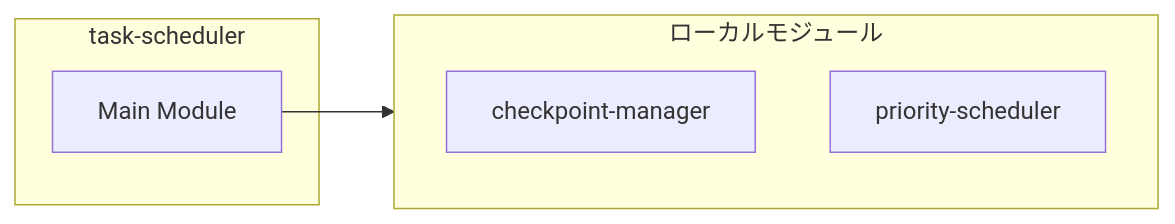
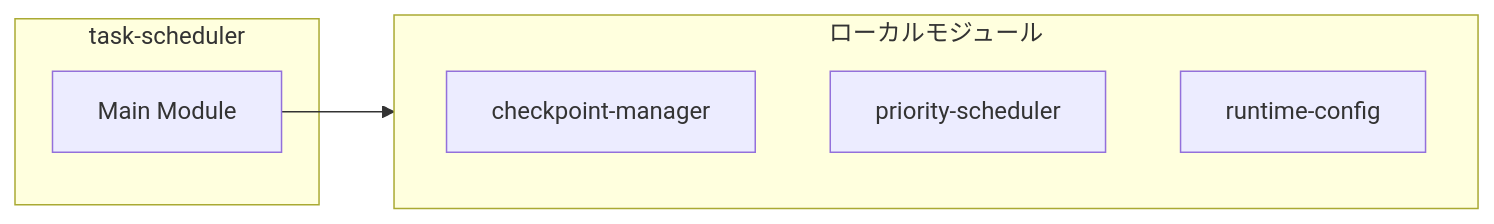
One commit to Mekann2904/mekann changed the second of 4 diagrams in ABDD/.pi/lib/task-scheduler.md. Above: the diagram before and after it, drawn with Mermaid. The commit also changed other lines of this file and 136 other files, not shown here.

````diff
--- a/ABDD/.pi/lib/task-scheduler.md
+++ b/ABDD/.pi/lib/task-scheduler.md
@@ -118,12 +119,13 @@
 ```mermaid
 flowchart LR
   subgraph this[task-scheduler]
     main[Main Module]
   end
   subgraph local[ローカルモジュール]
     checkpoint_manager["checkpoint-manager"]
     priority_scheduler["priority-scheduler"]
+    runtime_config["runtime-config"]
     priority_scheduler["priority-scheduler"]
   end
   main --> local
 ```
````
